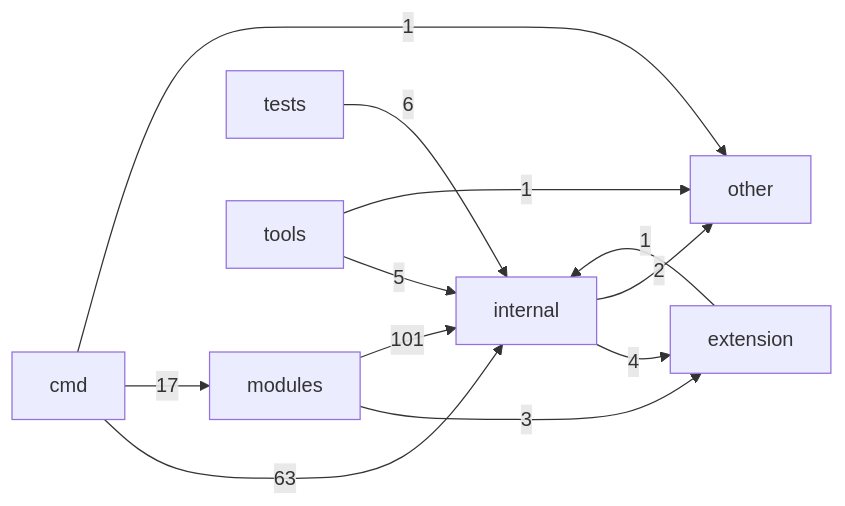
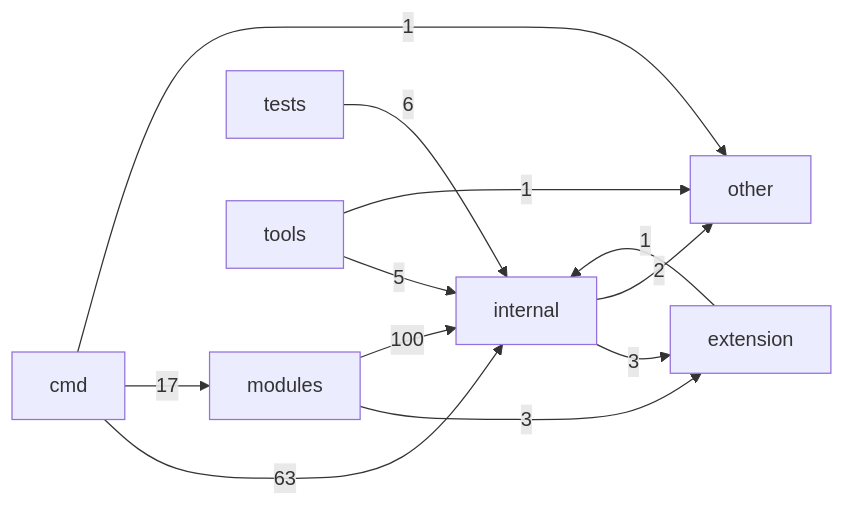
The diagram in docs/architecture/CODEMAP.md (hydrohq/hydrogo), drawn with Mermaid before and after one commit. The commit also changed other lines of this file and 63 other files, not shown here.

````diff
--- a/docs/architecture/CODEMAP.md
+++ b/docs/architecture/CODEMAP.md
@@ -24,14 +24,14 @@
 ```mermaid
 flowchart LR
   cmd -->|63| internal
   cmd -->|17| modules
   cmd -->|1| other
   extension -->|1| internal
-  internal -->|4| extension
+  internal -->|3| extension
   internal -->|2| other
   modules -->|3| extension
-  modules -->|101| internal
+  modules -->|100| internal
   tests -->|6| internal
   tools -->|5| internal
   tools -->|1| other
 ```
````
